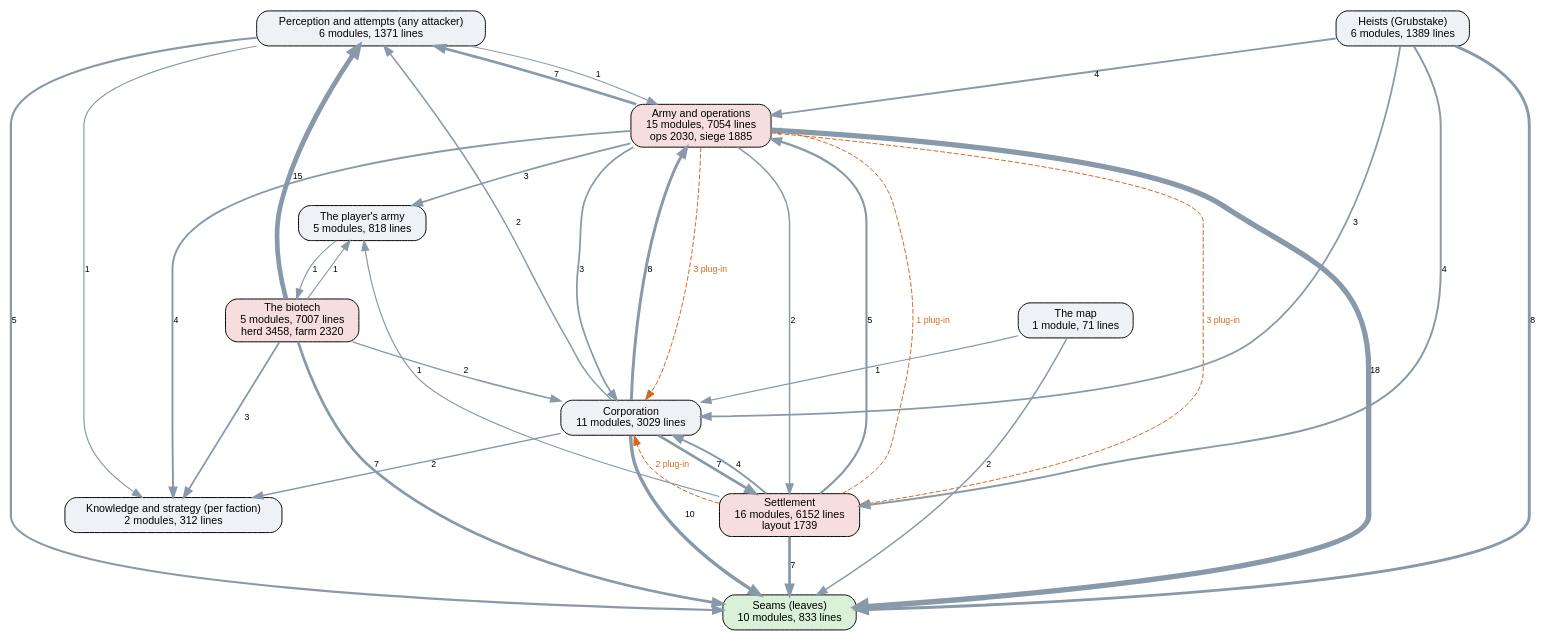
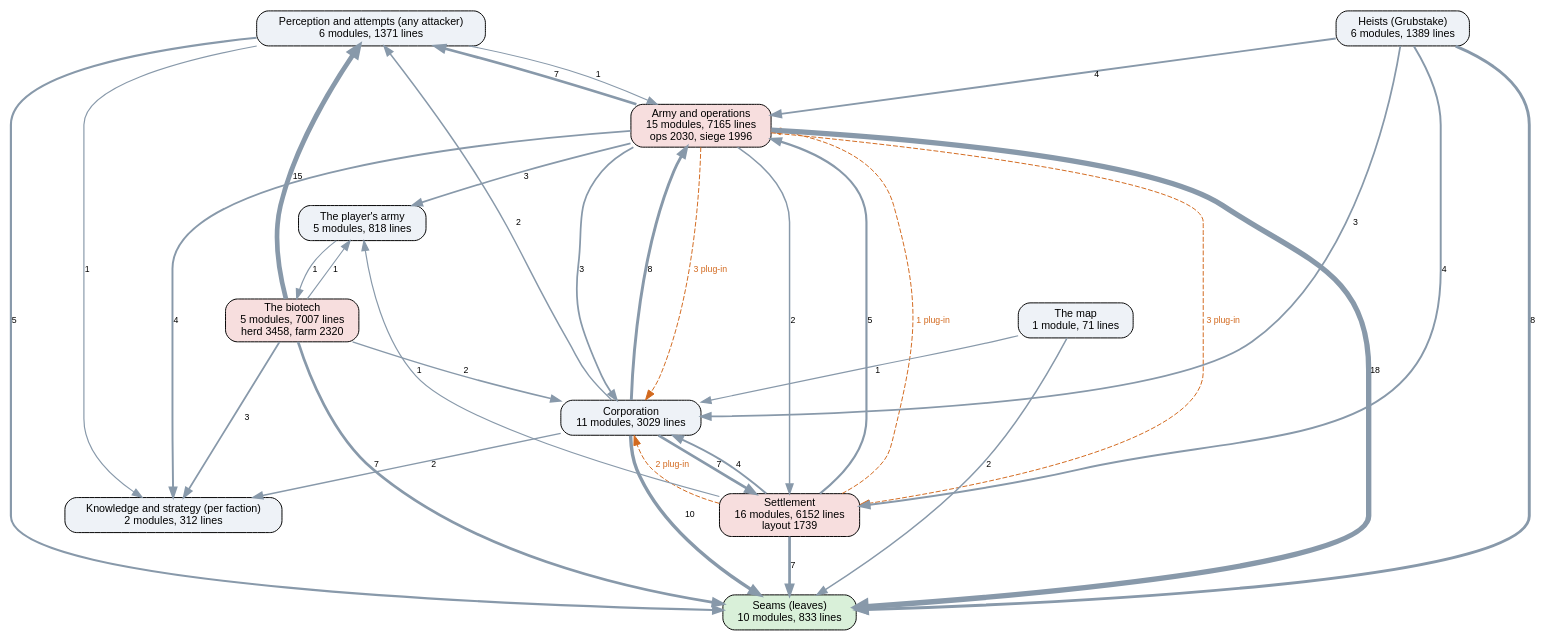
The diagram in docs/ai-layers.dot (kinelhu/landing-party), drawn with Graphviz before and after one commit. The commit also changed 8 other files, not shown here.

```diff
--- a/docs/ai-layers.dot
+++ b/docs/ai-layers.dot
@@ -1,49 +1,49 @@
 digraph layers {
   graph [rankdir=TB, fontname="Helvetica", nodesep=0.5, ranksep=0.7];
   node [shape=box, style="rounded,filled", fontname="Helvetica", fontsize=11, fillcolor="#eef2f7"];
   edge [color="#8899aa", fontname="Helvetica", fontsize=9];
   "Seams (leaves)" [label="Seams (leaves)\n10 modules, 833 lines", fillcolor="#d9f0d9"];
   "Perception and attempts (any attacker)" [label="Perception and attempts (any attacker)\n6 modules, 1371 lines", fillcolor="#eef2f7"];
   "Knowledge and strategy (per faction)" [label="Knowledge and strategy (per faction)\n2 modules, 312 lines", fillcolor="#eef2f7"];
   "Corporation" [label="Corporation\n11 modules, 3029 lines", fillcolor="#eef2f7"];
   "Settlement" [label="Settlement\n16 modules, 6152 lines\nlayout 1739", fillcolor="#f7dede"];
-  "Army and operations" [label="Army and operations\n15 modules, 7054 lines\nops 2030, siege 1885", fillcolor="#f7dede"];
+  "Army and operations" [label="Army and operations\n15 modules, 7165 lines\nops 2030, siege 1996", fillcolor="#f7dede"];
   "Heists (Grubstake)" [label="Heists (Grubstake)\n6 modules, 1389 lines", fillcolor="#eef2f7"];
   "The biotech" [label="The biotech\n5 modules, 7007 lines\nherd 3458, farm 2320", fillcolor="#f7dede"];
   "The map" [label="The map\n1 module, 71 lines", fillcolor="#eef2f7"];
   "The player's army" [label="The player's army\n5 modules, 818 lines", fillcolor="#eef2f7"];
   "Army and operations" -> "Corporation" [label="3", penwidth=1.8];
   "Army and operations" -> "Knowledge and strategy (per faction)" [label="4", penwidth=2.0];
   "Army and operations" -> "Perception and attempts (any attacker)" [label="7", penwidth=2.8];
   "Army and operations" -> "Seams (leaves)" [label="18", penwidth=5.5];
   "Army and operations" -> "Settlement" [label="2", penwidth=1.5];
   "Army and operations" -> "The player's army" [label="3", penwidth=1.8];
   "Corporation" -> "Army and operations" [label="8", penwidth=3.0];
   "Corporation" -> "Knowledge and strategy (per faction)" [label="2", penwidth=1.5];
   "Corporation" -> "Perception and attempts (any attacker)" [label="2", penwidth=1.5];
   "Corporation" -> "Seams (leaves)" [label="10", penwidth=3.5];
   "Corporation" -> "Settlement" [label="7", penwidth=2.8];
   "Heists (Grubstake)" -> "Army and operations" [label="4", penwidth=2.0];
   "Heists (Grubstake)" -> "Corporation" [label="3", penwidth=1.8];
   "Heists (Grubstake)" -> "Seams (leaves)" [label="8", penwidth=3.0];
   "Heists (Grubstake)" -> "Settlement" [label="4", penwidth=2.0];
   "Perception and attempts (any attacker)" -> "Army and operations" [label="1", penwidth=1.2];
   "Perception and attempts (any attacker)" -> "Knowledge and strategy (per faction)" [label="1", penwidth=1.2];
   "Perception and attempts (any attacker)" -> "Seams (leaves)" [label="5", penwidth=2.2];
   "Settlement" -> "Army and operations" [label="5", penwidth=2.2];
   "Settlement" -> "Corporation" [label="4", penwidth=2.0];
   "Settlement" -> "Seams (leaves)" [label="7", penwidth=2.8];
   "Settlement" -> "The player's army" [label="1", penwidth=1.2];
   "The biotech" -> "Corporation" [label="2", penwidth=1.5];
   "The biotech" -> "Knowledge and strategy (per faction)" [label="3", penwidth=1.8];
   "The biotech" -> "Perception and attempts (any attacker)" [label="15", penwidth=4.8];
   "The biotech" -> "Seams (leaves)" [label="7", penwidth=2.8];
   "The biotech" -> "The player's army" [label="1", penwidth=1.2];
   "The map" -> "Corporation" [label="1", penwidth=1.2];
   "The map" -> "Seams (leaves)" [label="2", penwidth=1.5];
   "The player's army" -> "The biotech" [label="1", penwidth=1.2];
   "Army and operations" -> "Corporation" [style=dashed, color="#d2691e", fontcolor="#d2691e", label="3 plug-in"];
   "Army and operations" -> "Settlement" [style=dashed, color="#d2691e", fontcolor="#d2691e", label="3 plug-in"];
   "Settlement" -> "Army and operations" [style=dashed, color="#d2691e", fontcolor="#d2691e", label="1 plug-in"];
   "Settlement" -> "Corporation" [style=dashed, color="#d2691e", fontcolor="#d2691e", label="2 plug-in"];
 }
```
